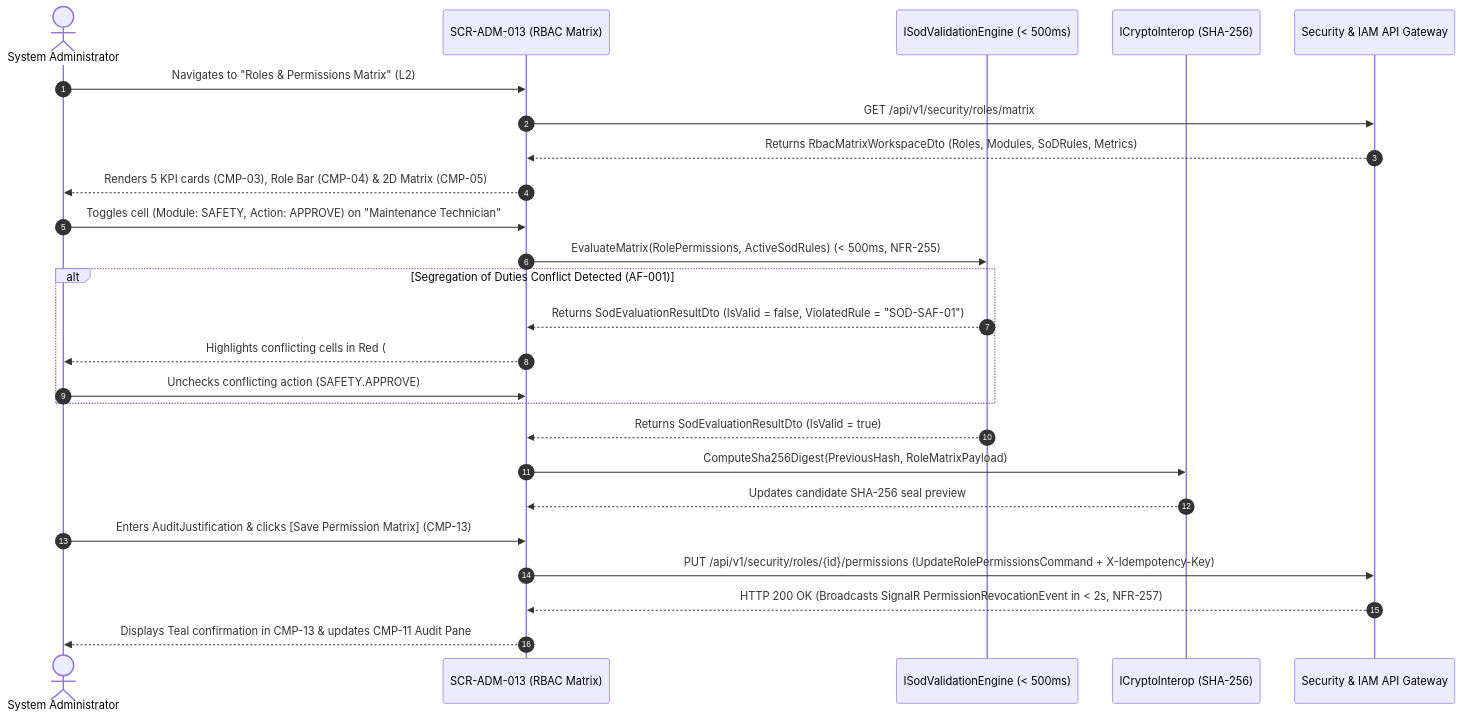
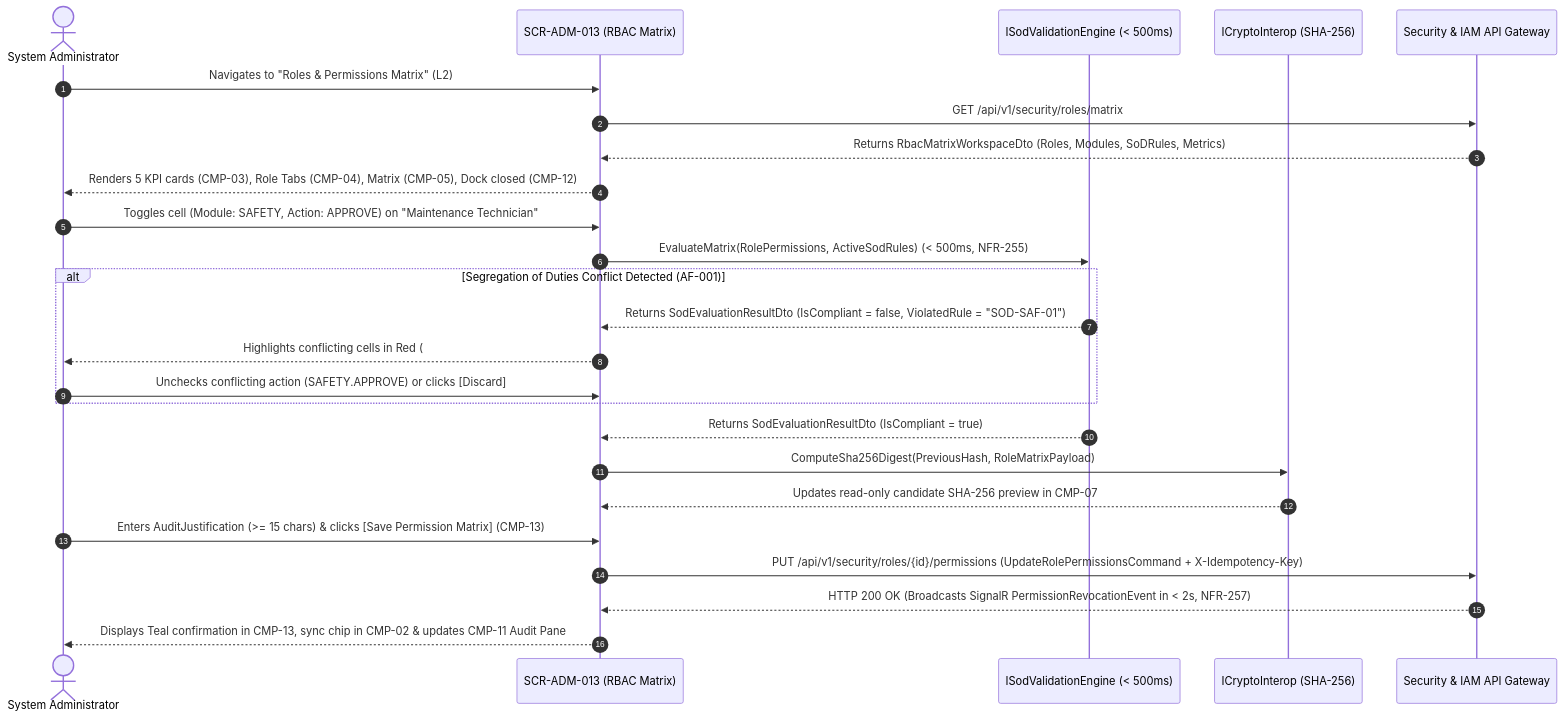
The diagram in ui-ux/screens/adm/SCR-ADM-013.md (Novav20/adso-dteam-docs), drawn with Mermaid before and after one commit. The commit also changed other lines of this file and 21 other files, not shown here.

````diff
--- a/ui-ux/screens/adm/SCR-ADM-013.md
+++ b/ui-ux/screens/adm/SCR-ADM-013.md
@@ -216,28 +231,28 @@
 ```mermaid
 sequenceDiagram
     autonumber
     actor Admin as System Administrator
     participant UI as SCR-ADM-013 (RBAC Matrix)
     participant SoD as ISodValidationEngine (< 500ms)
     participant Crypto as ICryptoInterop (SHA-256)
     participant API as Security & IAM API Gateway
 
     Admin->>UI: Navigates to "Roles & Permissions Matrix" (L2)
     UI->>API: GET /api/v1/security/roles/matrix
     API-->>UI: Returns RbacMatrixWorkspaceDto (Roles, Modules, SoDRules, Metrics)
-    UI-->>Admin: Renders 5 KPI cards (CMP-03), Role Bar (CMP-04) & 2D Matrix (CMP-05)
+    UI-->>Admin: Renders 5 KPI cards (CMP-03), Role Tabs (CMP-04), Matrix (CMP-05), Dock closed (CMP-12)
     Admin->>UI: Toggles cell (Module: SAFETY, Action: APPROVE) on "Maintenance Technician"
     UI->>SoD: EvaluateMatrix(RolePermissions, ActiveSodRules) (< 500ms, NFR-255)
     alt Segregation of Duties Conflict Detected (AF-001)
-        SoD-->>UI: Returns SodEvaluationResultDto (IsValid = false, ViolatedRule = "SOD-SAF-01")
+        SoD-->>UI: Returns SodEvaluationResultDto (IsCompliant = false, ViolatedRule = "SOD-SAF-01")
         UI-->>Admin: Highlights conflicting cells in Red (#icon-ban) & hard-locks [Save]
-        Admin->>UI: Unchecks conflicting action (SAFETY.APPROVE)
+        Admin->>UI: Unchecks conflicting action (SAFETY.APPROVE) or clicks [Discard]
     end
-    SoD-->>UI: Returns SodEvaluationResultDto (IsValid = true)
+    SoD-->>UI: Returns SodEvaluationResultDto (IsCompliant = true)
     UI->>Crypto: ComputeSha256Digest(PreviousHash, RoleMatrixPayload)
-    Crypto-->>UI: Updates candidate SHA-256 seal preview
-    Admin->>UI: Enters AuditJustification & clicks [Save Permission Matrix] (CMP-13)
+    Crypto-->>UI: Updates read-only candidate SHA-256 preview in CMP-07
+    Admin->>UI: Enters AuditJustification (>= 15 chars) & clicks [Save Permission Matrix] (CMP-13)
     UI->>API: PUT /api/v1/security/roles/{id}/permissions (UpdateRolePermissionsCommand + X-Idempotency-Key)
     API-->>UI: HTTP 200 OK (Broadcasts SignalR PermissionRevocationEvent in < 2s, NFR-257)
-    UI-->>Admin: Displays Teal confirmation in CMP-13 & updates CMP-11 Audit Pane
+    UI-->>Admin: Displays Teal confirmation in CMP-13, sync chip in CMP-02 & updates CMP-11 Audit Pane
 ```
````
